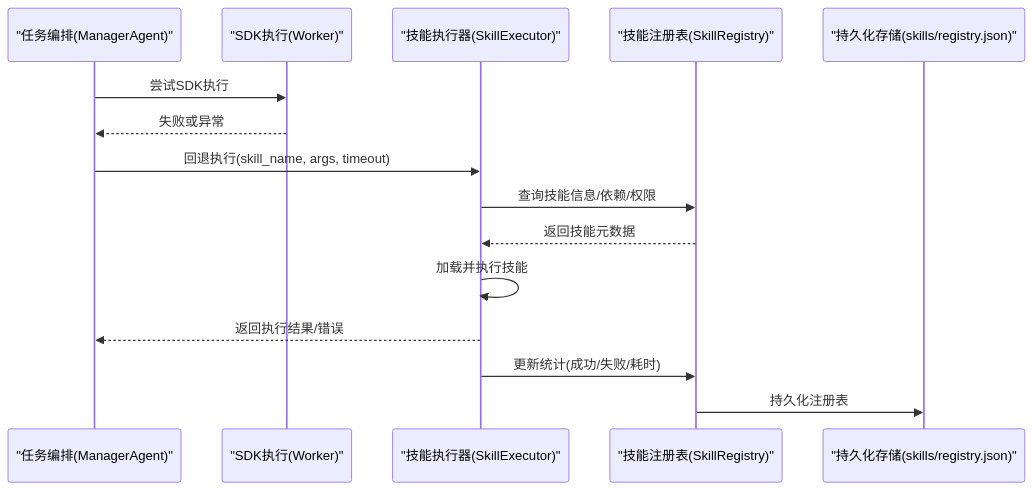
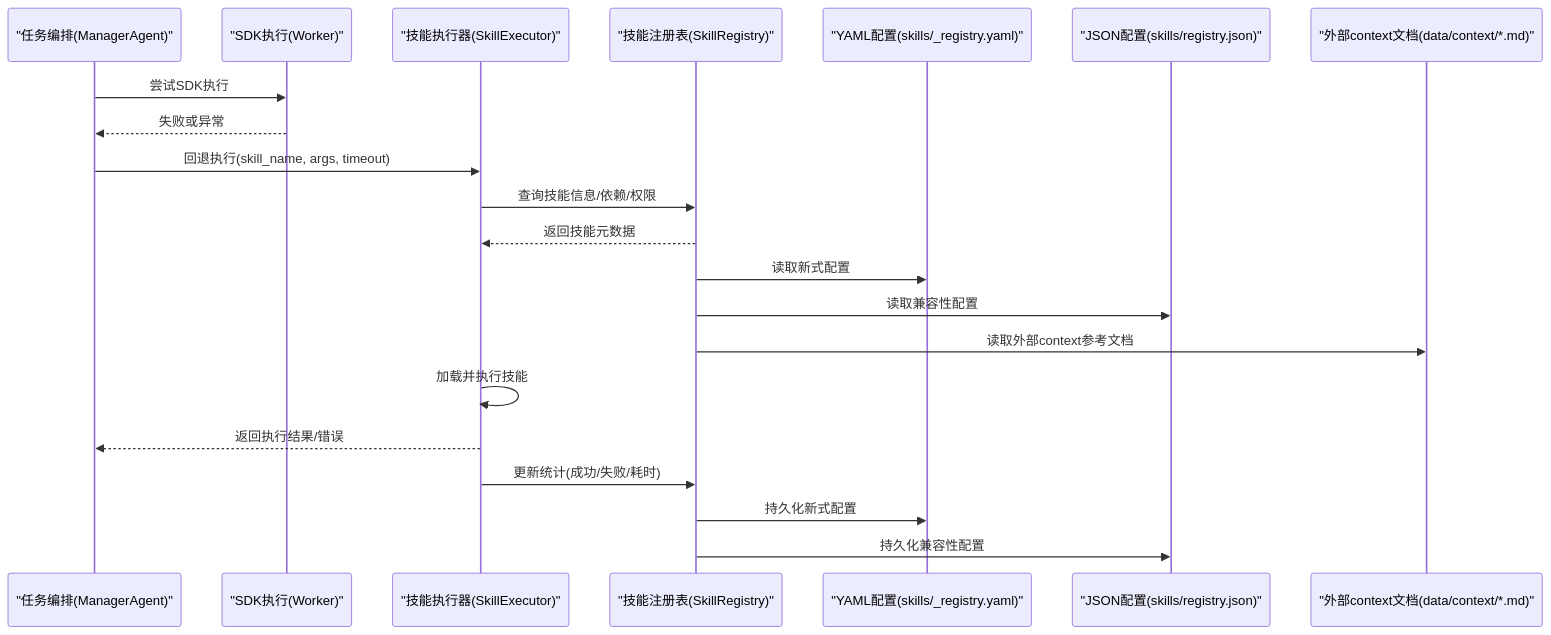
The second of 5 diagrams in .qoder/repowiki/zh/content/核心业务模块/技能管理系统/技能管理系统.md (angledick/-), drawn with Mermaid before and after one commit. The commit also changed other lines of this file and 770 other files, not shown here.

````diff
--- a/.qoder/repowiki/zh/content/核心业务模块/技能管理系统/技能管理系统.md
+++ b/.qoder/repowiki/zh/content/核心业务模块/技能管理系统/技能管理系统.md
@@ -78,17 +97,23 @@
 ```mermaid
 sequenceDiagram
 participant Task as "任务编排(ManagerAgent)"
 participant SDK as "SDK执行(Worker)"
 participant Exec as "技能执行器(SkillExecutor)"
 participant Reg as "技能注册表(SkillRegistry)"
-participant Store as "持久化存储(skills/registry.json)"
+participant Yaml as "YAML配置(skills/_registry.yaml)"
+participant Json as "JSON配置(skills/registry.json)"
+participant Ctx as "外部context文档(data/context/*.md)"
 Task->>SDK : 尝试SDK执行
 SDK-->>Task : 失败或异常
 Task->>Exec : 回退执行(skill_name, args, timeout)
 Exec->>Reg : 查询技能信息/依赖/权限
 Reg-->>Exec : 返回技能元数据
+Reg->>Yaml : 读取新式配置
+Reg->>Json : 读取兼容性配置
+Reg->>Ctx : 读取外部context参考文档
 Exec->>Exec : 加载并执行技能
 Exec-->>Task : 返回执行结果/错误
 Exec->>Reg : 更新统计(成功/失败/耗时)
-Reg->>Store : 持久化注册表
+Reg->>Yaml : 持久化新式配置
+Reg->>Json : 持久化兼容性配置
 ```
````
